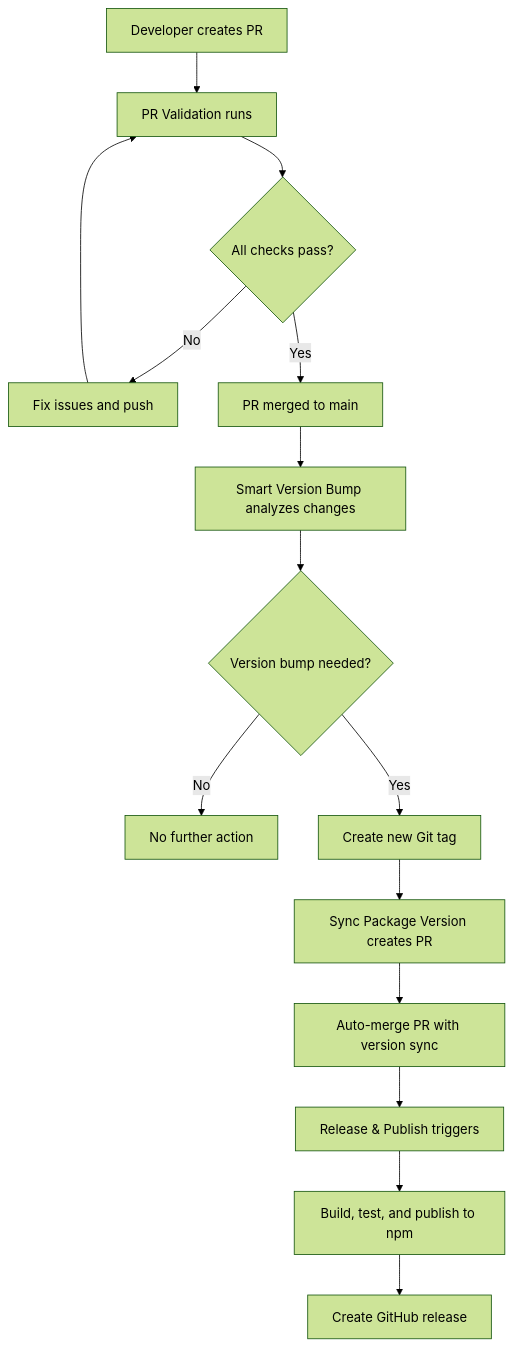
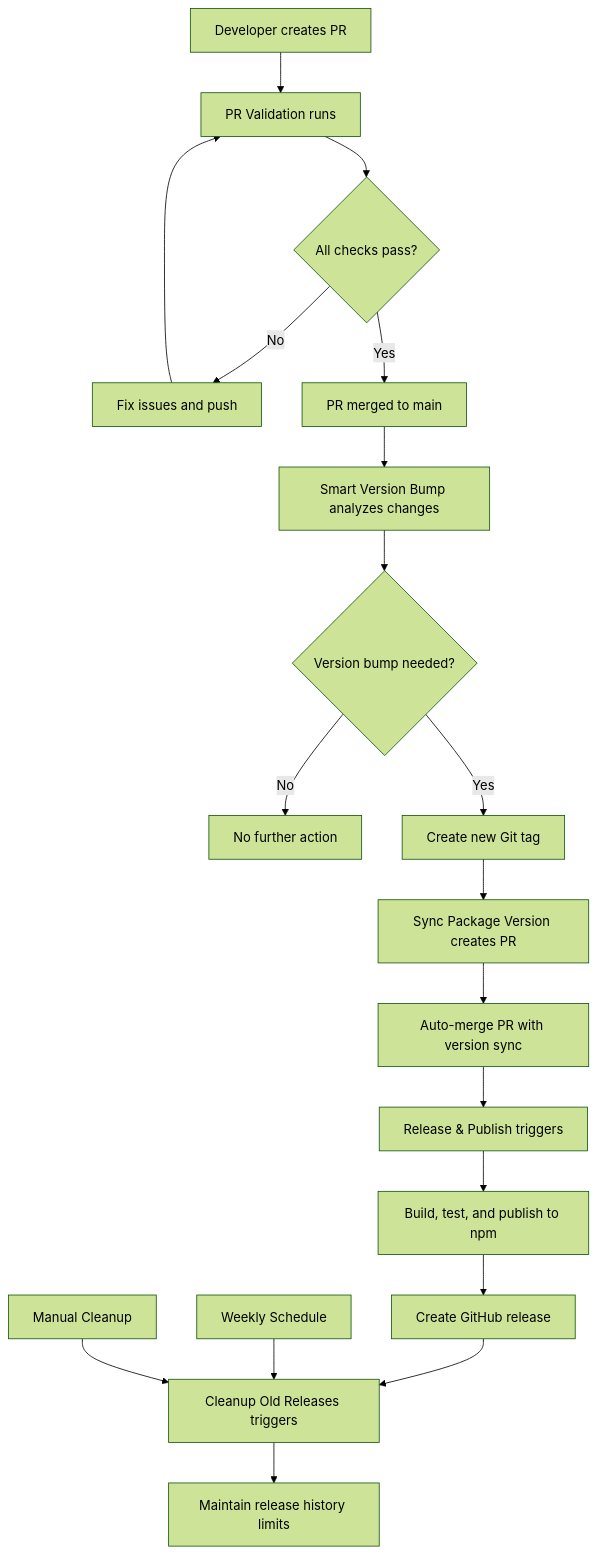
The diagram in docs/github-workflows/overview.md (pantheon-org/opencode-warcraft-notifications), drawn with Mermaid (forest theme) before and after one commit. The commit also changed other lines of this file and 2 other files, not shown here.

First line of the commit message:
feat: add cleanup old releases workflow (#31)

````diff
--- a/docs/github-workflows/overview.md
+++ b/docs/github-workflows/overview.md
@@ -20,17 +21,22 @@
 ```mermaid
 graph TD
     A[Developer creates PR] --> B[PR Validation runs]
     B --> C{All checks pass?}
     C -->|No| D[Fix issues and push]
     D --> B
     C -->|Yes| E[PR merged to main]
     E --> F[Smart Version Bump analyzes changes]
     F --> G{Version bump needed?}
     G -->|No| H[No further action]
     G -->|Yes| I[Create new Git tag]
     I --> J[Sync Package Version creates PR]
     J --> K[Auto-merge PR with version sync]
     K --> L[Release & Publish triggers]
     L --> M[Build, test, and publish to npm]
     M --> N[Create GitHub release]
+    N --> O[Cleanup Old Releases triggers]
+    O --> P[Maintain release history limits]
+    
+    Q[Weekly Schedule] --> O
+    R[Manual Cleanup] --> O
 ```
````
